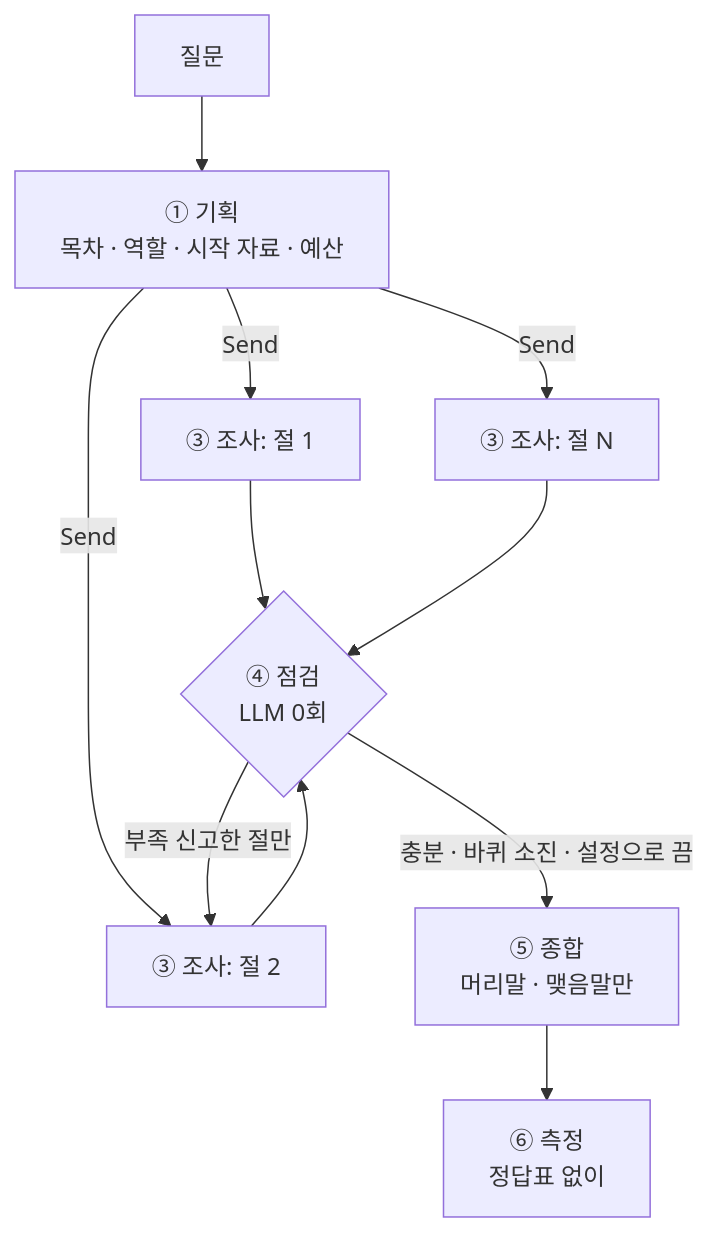
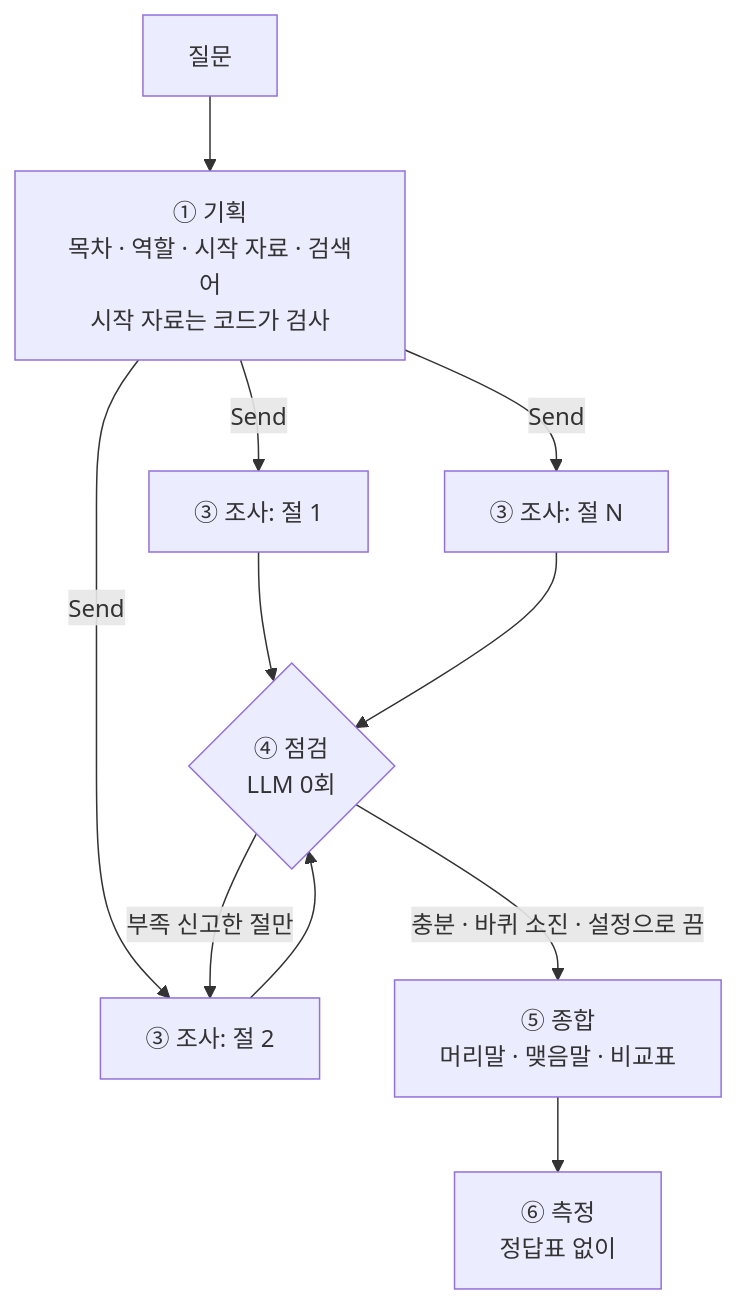
One commit to jubyeong-kim/market-deep-researcher changed the diagram in README.md. Above: the diagram before and after it, drawn with Mermaid. The commit also changed other lines of this file and 3 other files, not shown here.

````diff
--- a/README.md
+++ b/README.md
@@ -10,11 +11,11 @@
 ```mermaid
 flowchart TD
-    Q[질문] --> P[① 기획<br/>목차 · 역할 · 시작 자료 · 예산]
+    Q[질문] --> P[① 기획<br/>목차 · 역할 · 시작 자료 · 검색어<br/>시작 자료는 코드가 검사]
     P -->|Send| R1[③ 조사: 절 1]
     P -->|Send| R2[③ 조사: 절 2]
     P -->|Send| R3[③ 조사: 절 N]
     R1 & R2 & R3 --> C{④ 점검<br/>LLM 0회}
     C -->|부족 신고한 절만| R2
-    C -->|충분 · 바퀴 소진 · 설정으로 끔| S[⑤ 종합<br/>머리말 · 맺음말만]
+    C -->|충분 · 바퀴 소진 · 설정으로 끔| S[⑤ 종합<br/>머리말 · 맺음말 · 비교표]
     S --> M[⑥ 측정<br/>정답표 없이]
 ```
````
